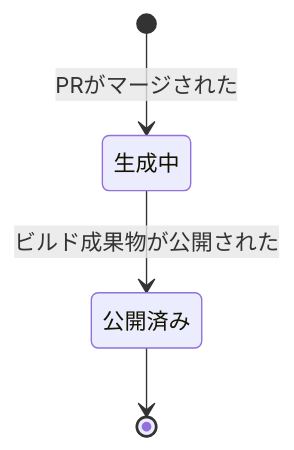
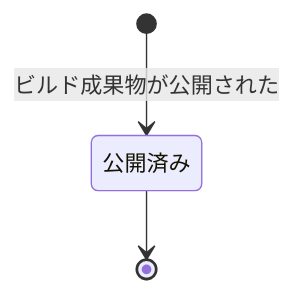
One commit to kuchita-el/claude-shared-skills changed the fifth of 5 diagrams in docs/development/event-storming.md. Above: the diagram before and after it, drawn with Mermaid. The commit also changed other lines of this file and 1 other file, not shown here.

````diff
--- a/docs/development/event-storming.md
+++ b/docs/development/event-storming.md
@@ -176,6 +176,5 @@
 ```mermaid
 stateDiagram-v2
-    [*] --> 生成中: PRがマージされた
-    生成中 --> 公開済み: ビルド成果物が公開された
+    [*] --> 公開済み: ビルド成果物が公開された
     公開済み --> [*]
 ```
````
